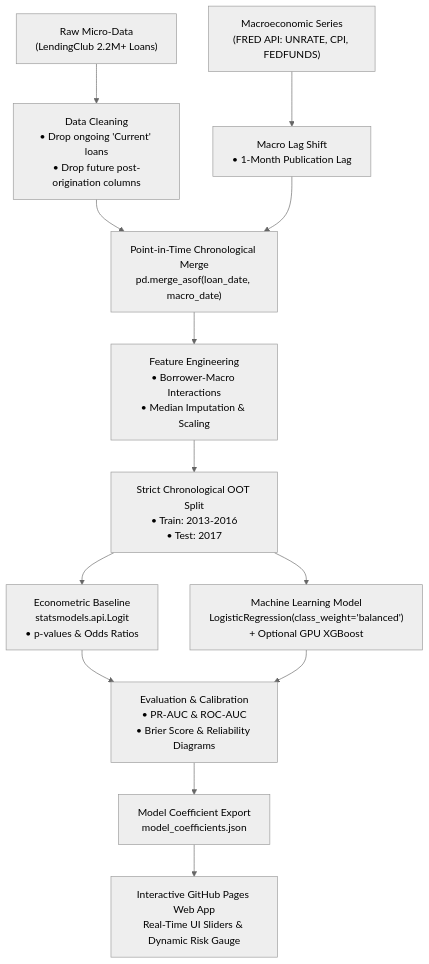
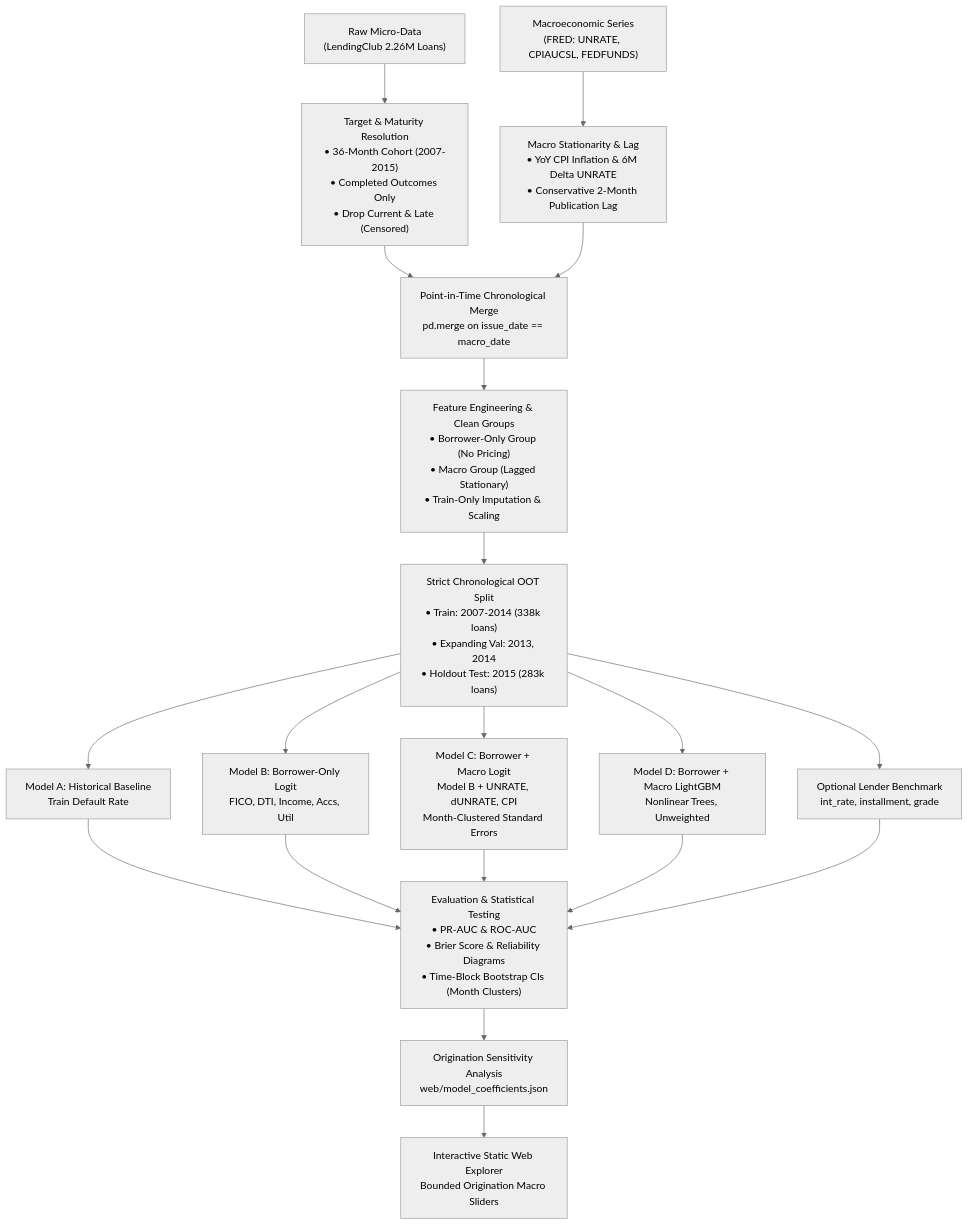
Before and after one commit to Siti-digital/Loan-Default-Risk-Predictor: the diagram in README.md, drawn with Mermaid (neutral theme). The commit also changed other lines of this file and 7 other files, not shown here.

Commit message:
docs(roadmap): finalize Phase 4-7 methodology alignment and pre-flight audit

````diff
--- a/README.md
+++ b/README.md
@@ -89,21 +101,27 @@
 ```mermaid
 flowchart TD
-    A["Raw Micro-Data<br/>(LendingClub 2.2M+ Loans)"] --> B["Data Cleaning<br/>• Drop ongoing 'Current' loans<br/>• Drop future post-origination columns"]
-    C["Macroeconomic Series<br/>(FRED API: UNRATE, CPI, FEDFUNDS)"] --> D["Macro Lag Shift<br/>• 1-Month Publication Lag"]
+    A["Raw Micro-Data<br/>(LendingClub 2.26M Loans)"] --> B["Target & Maturity Resolution<br/>• 36-Month Cohort (2007-2015)<br/>• Completed Outcomes Only<br/>• Drop Current & Late (Censored)"]
+    C["Macroeconomic Series<br/>(FRED: UNRATE, CPIAUCSL, FEDFUNDS)"] --> D["Macro Stationarity & Lag<br/>• YoY CPI Inflation & 6M Delta UNRATE<br/>• Conservative 2-Month Publication Lag"]
     
-    B --> E["Point-in-Time Chronological Merge<br/>pd.merge_asof(loan_date, macro_date)"]
+    B --> E["Point-in-Time Chronological Merge<br/>pd.merge on issue_date == macro_date"]
     D --> E
     
-    E --> F["Feature Engineering<br/>• Borrower-Macro Interactions<br/>• Median Imputation & Scaling"]
+    E --> F["Feature Engineering & Clean Groups<br/>• Borrower-Only Group (No Pricing)<br/>• Macro Group (Lagged Stationary)<br/>• Train-Only Imputation & Scaling"]
     
-    F --> G["Strict Chronological OOT Split<br/>• Train: 2013-2016<br/>• Test: 2017"]
+    F --> G["Strict Chronological OOT Split<br/>• Train: 2007-2014 (338k loans)<br/>• Expanding Val: 2013, 2014<br/>• Holdout Test: 2015 (283k loans)"]
     
-    G --> H["Econometric Baseline<br/>statsmodels.api.Logit<br/>• p-values & Odds Ratios"]
-    G --> I["Machine Learning Model<br/>LogisticRegression(class_weight='balanced')<br/>+ Optional GPU XGBoost"]
+    G --> H1["Model A: Historical Baseline<br/>Train Default Rate"]
+    G --> H2["Model B: Borrower-Only Logit<br/>FICO, DTI, Income, Accs, Util"]
+    G --> H3["Model C: Borrower + Macro Logit<br/>Model B + UNRATE, dUNRATE, CPI<br/>Month-Clustered Standard Errors"]
+    G --> H4["Model D: Borrower + Macro LightGBM<br/>Nonlinear Trees, Unweighted"]
+    G --> H5["Optional Lender Benchmark<br/>int_rate, installment, grade"]
     
-    H --> J["Evaluation & Calibration<br/>• PR-AUC & ROC-AUC<br/>• Brier Score & Reliability Diagrams"]
-    I --> J
+    H1 --> I["Evaluation & Statistical Testing<br/>• PR-AUC & ROC-AUC<br/>• Brier Score & Reliability Diagrams<br/>• Time-Block Bootstrap CIs (Month Clusters)"]
+    H2 --> I
+    H3 --> I
+    H4 --> I
+    H5 --> I
     
-    J --> K["Model Coefficient Export<br/>model_coefficients.json"]
-    K --> L["Interactive GitHub Pages Web App<br/>Real-Time UI Sliders & Dynamic Risk Gauge"]
+    I --> J["Origination Sensitivity Analysis<br/>web/model_coefficients.json"]
+    J --> K["Interactive Static Web Explorer<br/>Bounded Origination Macro Sliders"]
 ```
````
